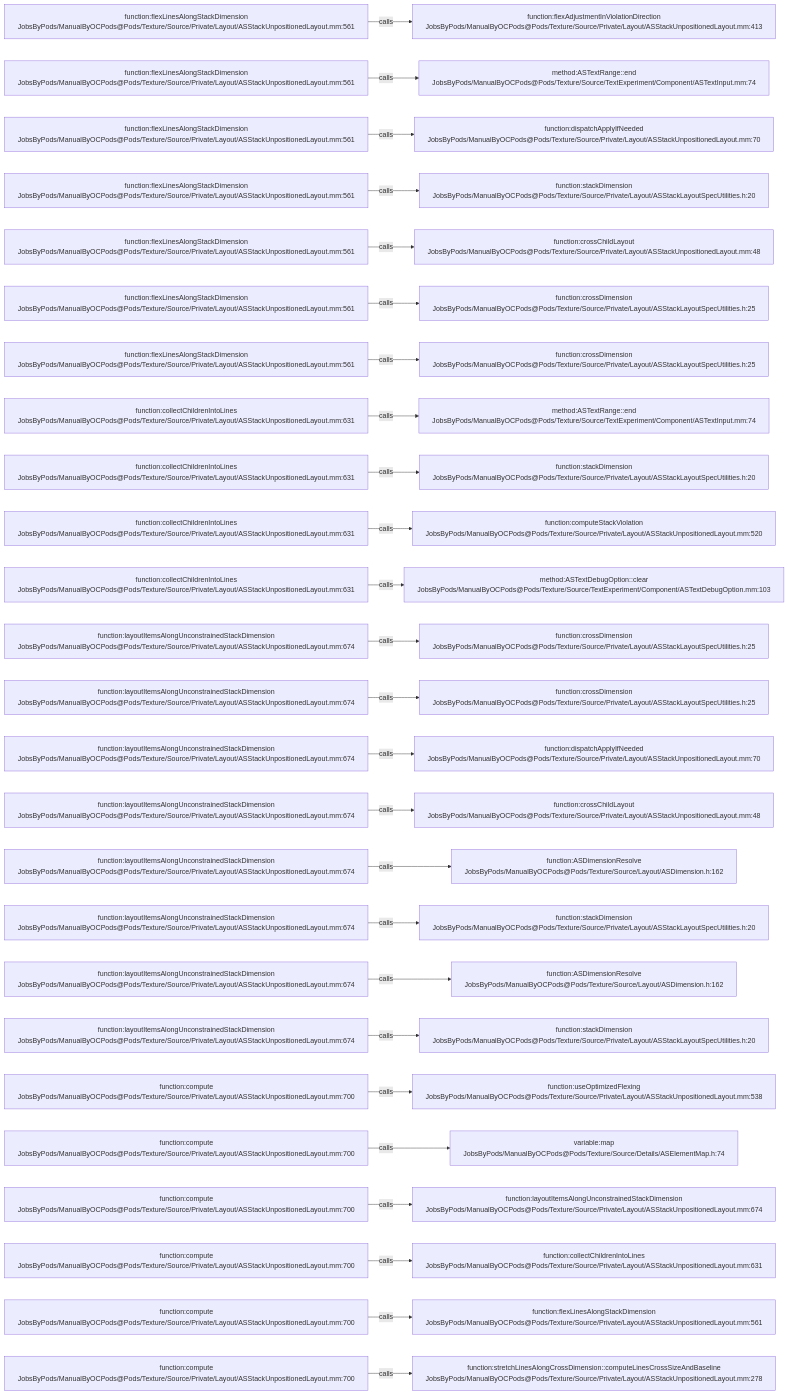
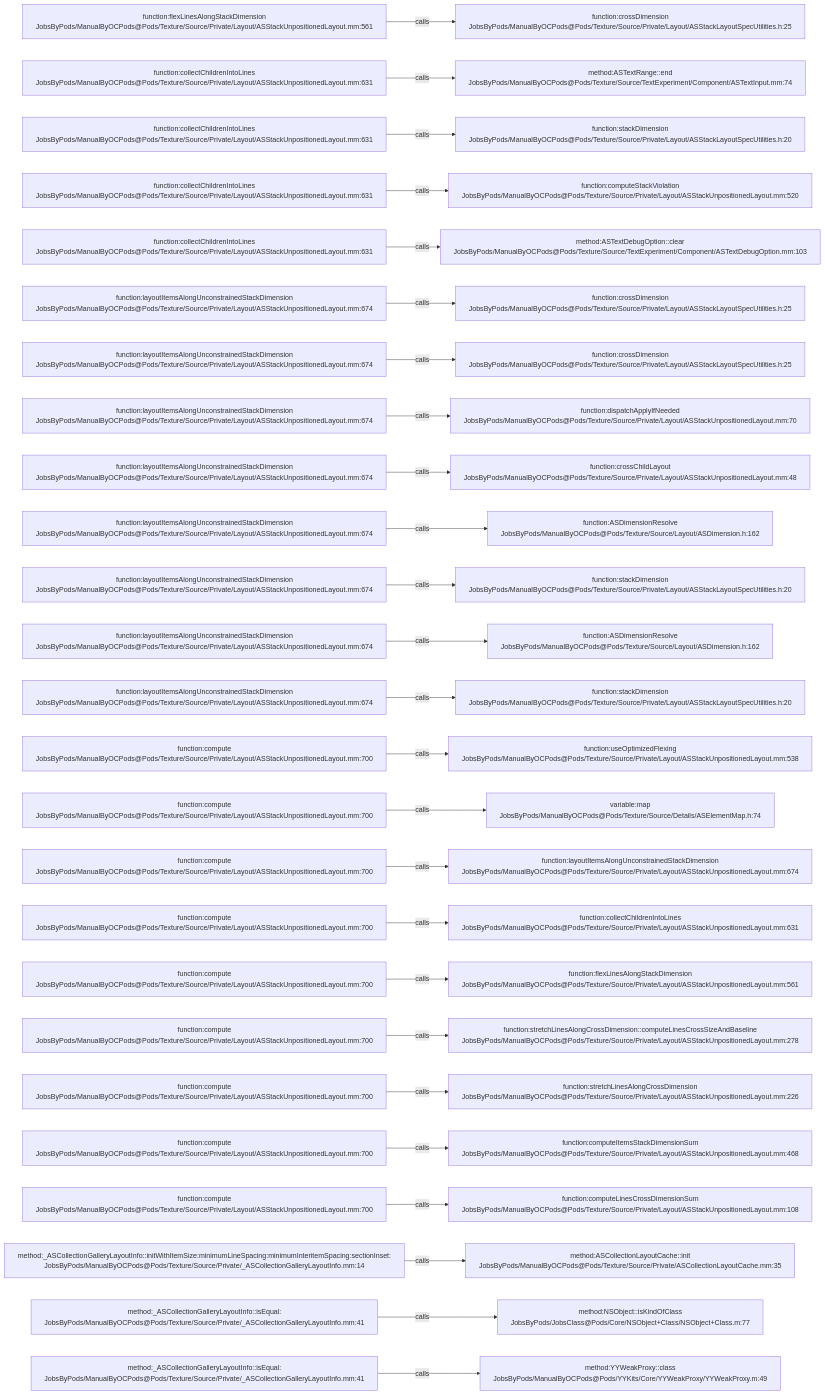
One commit to JobsKits/JobsOCBaseConfigDemo changed the diagram in .codegraph/codegraph.md/graphs/calls-188.md. Above: the diagram before and after it, drawn with Mermaid. The commit also changed 666 other files, not shown here.

````diff
--- a/.codegraph/codegraph.md/graphs/calls-188.md
+++ b/.codegraph/codegraph.md/graphs/calls-188.md
@@ -13,78 +13,78 @@
 ```mermaid
 flowchart LR
   S1["function:flexLinesAlongStackDimension<br/>JobsByPods/ManualByOCPods@Pods/Texture/Source/Private/Layout/ASStackUnpositionedLayout.mm:561"]
-  T1["function:flexAdjustmentInViolationDirection<br/>JobsByPods/ManualByOCPods@Pods/Texture/Source/Private/Layout/ASStackUnpositionedLayout.mm:413"]
+  T1["function:crossDimension<br/>JobsByPods/ManualByOCPods@Pods/Texture/Source/Private/Layout/ASStackLayoutSpecUtilities.h:25"]
   S1 -->|calls| T1
-  S2["function:flexLinesAlongStackDimension<br/>JobsByPods/ManualByOCPods@Pods/Texture/Source/Private/Layout/ASStackUnpositionedLayout.mm:561"]
+  S2["function:collectChildrenIntoLines<br/>JobsByPods/ManualByOCPods@Pods/Texture/Source/Private/Layout/ASStackUnpositionedLayout.mm:631"]
   T2["method:ASTextRange::end<br/>JobsByPods/ManualByOCPods@Pods/Texture/Source/TextExperiment/Component/ASTextInput.mm:74"]
   S2 -->|calls| T2
-  S3["function:flexLinesAlongStackDimension<br/>JobsByPods/ManualByOCPods@Pods/Texture/Source/Private/Layout/ASStackUnpositionedLayout.mm:561"]
-  T3["function:dispatchApplyIfNeeded<br/>JobsByPods/ManualByOCPods@Pods/Texture/Source/Private/Layout/ASStackUnpositionedLayout.mm:70"]
+  S3["function:collectChildrenIntoLines<br/>JobsByPods/ManualByOCPods@Pods/Texture/Source/Private/Layout/ASStackUnpositionedLayout.mm:631"]
+  T3["function:stackDimension<br/>JobsByPods/ManualByOCPods@Pods/Texture/Source/Private/Layout/ASStackLayoutSpecUtilities.h:20"]
   S3 -->|calls| T3
-  S4["function:flexLinesAlongStackDimension<br/>JobsByPods/ManualByOCPods@Pods/Texture/Source/Private/Layout/ASStackUnpositionedLayout.mm:561"]
-  T4["function:stackDimension<br/>JobsByPods/ManualByOCPods@Pods/Texture/Source/Private/Layout/ASStackLayoutSpecUtilities.h:20"]
+  S4["function:collectChildrenIntoLines<br/>JobsByPods/ManualByOCPods@Pods/Texture/Source/Private/Layout/ASStackUnpositionedLayout.mm:631"]
+  T4["function:computeStackViolation<br/>JobsByPods/ManualByOCPods@Pods/Texture/Source/Private/Layout/ASStackUnpositionedLayout.mm:520"]
   S4 -->|calls| T4
-  S5["function:flexLinesAlongStackDimension<br/>JobsByPods/ManualByOCPods@Pods/Texture/Source/Private/Layout/ASStackUnpositionedLayout.mm:561"]
-  T5["function:crossChildLayout<br/>JobsByPods/ManualByOCPods@Pods/Texture/Source/Private/Layout/ASStackUnpositionedLayout.mm:48"]
+  S5["function:collectChildrenIntoLines<br/>JobsByPods/ManualByOCPods@Pods/Texture/Source/Private/Layout/ASStackUnpositionedLayout.mm:631"]
+  T5["method:ASTextDebugOption::clear<br/>JobsByPods/ManualByOCPods@Pods/Texture/Source/TextExperiment/Component/ASTextDebugOption.mm:103"]
   S5 -->|calls| T5
-  S6["function:flexLinesAlongStackDimension<br/>JobsByPods/ManualByOCPods@Pods/Texture/Source/Private/Layout/ASStackUnpositionedLayout.mm:561"]
+  S6["function:layoutItemsAlongUnconstrainedStackDimension<br/>JobsByPods/ManualByOCPods@Pods/Texture/Source/Private/Layout/ASStackUnpositionedLayout.mm:674"]
   T6["function:crossDimension<br/>JobsByPods/ManualByOCPods@Pods/Texture/Source/Private/Layout/ASStackLayoutSpecUtilities.h:25"]
   S6 -->|calls| T6
-  S7["function:flexLinesAlongStackDimension<br/>JobsByPods/ManualByOCPods@Pods/Texture/Source/Private/Layout/ASStackUnpositionedLayout.mm:561"]
+  S7["function:layoutItemsAlongUnconstrainedStackDimension<br/>JobsByPods/ManualByOCPods@Pods/Texture/Source/Private/Layout/ASStackUnpositionedLayout.mm:674"]
   T7["function:crossDimension<br/>JobsByPods/ManualByOCPods@Pods/Texture/Source/Private/Layout/ASStackLayoutSpecUtilities.h:25"]
   S7 -->|calls| T7
-  S8["function:collectChildrenIntoLines<br/>JobsByPods/ManualByOCPods@Pods/Texture/Source/Private/Layout/ASStackUnpositionedLayout.mm:631"]
-  T8["method:ASTextRange::end<br/>JobsByPods/ManualByOCPods@Pods/Texture/Source/TextExperiment/Component/ASTextInput.mm:74"]
+  S8["function:layoutItemsAlongUnconstrainedStackDimension<br/>JobsByPods/ManualByOCPods@Pods/Texture/Source/Private/Layout/ASStackUnpositionedLayout.mm:674"]
+  T8["function:dispatchApplyIfNeeded<br/>JobsByPods/ManualByOCPods@Pods/Texture/Source/Private/Layout/ASStackUnpositionedLayout.mm:70"]
   S8 -->|calls| T8
-  S9["function:collectChildrenIntoLines<br/>JobsByPods/ManualByOCPods@Pods/Texture/Source/Private/Layout/ASStackUnpositionedLayout.mm:631"]
-  T9["function:stackDimension<br/>JobsByPods/ManualByOCPods@Pods/Texture/Source/Private/Layout/ASStackLayoutSpecUtilities.h:20"]
+  S9["function:layoutItemsAlongUnconstrainedStackDimension<br/>JobsByPods/ManualByOCPods@Pods/Texture/Source/Private/Layout/ASStackUnpositionedLayout.mm:674"]
+  T9["function:crossChildLayout<br/>JobsByPods/ManualByOCPods@Pods/Texture/Source/Private/Layout/ASStackUnpositionedLayout.mm:48"]
   S9 -->|calls| T9
-  S10["function:collectChildrenIntoLines<br/>JobsByPods/ManualByOCPods@Pods/Texture/Source/Private/Layout/ASStackUnpositionedLayout.mm:631"]
-  T10["function:computeStackViolation<br/>JobsByPods/ManualByOCPods@Pods/Texture/Source/Private/Layout/ASStackUnpositionedLayout.mm:520"]
+  S10["function:layoutItemsAlongUnconstrainedStackDimension<br/>JobsByPods/ManualByOCPods@Pods/Texture/Source/Private/Layout/ASStackUnpositionedLayout.mm:674"]
+  T10["function:ASDimensionResolve<br/>JobsByPods/ManualByOCPods@Pods/Texture/Source/Layout/ASDimension.h:162"]
   S10 -->|calls| T10
-  S11["function:collectChildrenIntoLines<br/>JobsByPods/ManualByOCPods@Pods/Texture/Source/Private/Layout/ASStackUnpositionedLayout.mm:631"]
-  T11["method:ASTextDebugOption::clear<br/>JobsByPods/ManualByOCPods@Pods/Texture/Source/TextExperiment/Component/ASTextDebugOption.mm:103"]
+  S11["function:layoutItemsAlongUnconstrainedStackDimension<br/>JobsByPods/ManualByOCPods@Pods/Texture/Source/Private/Layout/ASStackUnpositionedLayout.mm:674"]
+  T11["function:stackDimension<br/>JobsByPods/ManualByOCPods@Pods/Texture/Source/Private/Layout/ASStackLayoutSpecUtilities.h:20"]
   S11 -->|calls| T11
   S12["function:layoutItemsAlongUnconstrainedStackDimension<br/>JobsByPods/ManualByOCPods@Pods/Texture/Source/Private/Layout/ASStackUnpositionedLayout.mm:674"]
-  T12["function:crossDimension<br/>JobsByPods/ManualByOCPods@Pods/Texture/Source/Private/Layout/ASStackLayoutSpecUtilities.h:25"]
+  T12["function:ASDimensionResolve<br/>JobsByPods/ManualByOCPods@Pods/Texture/Source/Layout/ASDimension.h:162"]
   S12 -->|calls| T12
   S13["function:layoutItemsAlongUnconstrainedStackDimension<br/>JobsByPods/ManualByOCPods@Pods/Texture/Source/Private/Layout/ASStackUnpositionedLayout.mm:674"]
-  T13["function:crossDimension<br/>JobsByPods/ManualByOCPods@Pods/Texture/Source/Private/Layout/ASStackLayoutSpecUtilities.h:25"]
+  T13["function:stackDimension<br/>JobsByPods/ManualByOCPods@Pods/Texture/Source/Private/Layout/ASStackLayoutSpecUtilities.h:20"]
   S13 -->|calls| T13
-  S14["function:layoutItemsAlongUnconstrainedStackDimension<br/>JobsByPods/ManualByOCPods@Pods/Texture/Source/Private/Layout/ASStackUnpositionedLayout.mm:674"]
-  T14["function:dispatchApplyIfNeeded<br/>JobsByPods/ManualByOCPods@Pods/Texture/Source/Private/Layout/ASStackUnpositionedLayout.mm:70"]
+  S14["function:compute<br/>JobsByPods/ManualByOCPods@Pods/Texture/Source/Private/Layout/ASStackUnpositionedLayout.mm:700"]
+  T14["function:useOptimizedFlexing<br/>JobsByPods/ManualByOCPods@Pods/Texture/Source/Private/Layout/ASStackUnpositionedLayout.mm:538"]
   S14 -->|calls| T14
-  S15["function:layoutItemsAlongUnconstrainedStackDimension<br/>JobsByPods/ManualByOCPods@Pods/Texture/Source/Private/Layout/ASStackUnpositionedLayout.mm:674"]
-  T15["function:crossChildLayout<br/>JobsByPods/ManualByOCPods@Pods/Texture/Source/Private/Layout/ASStackUnpositionedLayout.mm:48"]
+  S15["function:compute<br/>JobsByPods/ManualByOCPods@Pods/Texture/Source/Private/Layout/ASStackUnpositionedLayout.mm:700"]
+  T15["variable:map<br/>JobsByPods/ManualByOCPods@Pods/Texture/Source/Details/ASElementMap.h:74"]
   S15 -->|calls| T15
-  S16["function:layoutItemsAlongUnconstrainedStackDimension<br/>JobsByPods/ManualByOCPods@Pods/Texture/Source/Private/Layout/ASStackUnpositionedLayout.mm:674"]
-  T16["function:ASDimensionResolve<br/>JobsByPods/ManualByOCPods@Pods/Texture/Source/Layout/ASDimension.h:162"]
+  S16["function:compute<br/>JobsByPods/ManualByOCPods@Pods/Texture/Source/Private/Layout/ASStackUnpositionedLayout.mm:700"]
+  T16["function:layoutItemsAlongUnconstrainedStackDimension<br/>JobsByPods/ManualByOCPods@Pods/Texture/Source/Private/Layout/ASStackUnpositionedLayout.mm:674"]
   S16 -->|calls| T16
-  S17["function:layoutItemsAlongUnconstrainedStackDimension<br/>JobsByPods/ManualByOCPods@Pods/Texture/Source/Private/Layout/ASStackUnpositionedLayout.mm:674"]
-  T17["function:stackDimension<br/>JobsByPods/ManualByOCPods@Pods/Texture/Source/Private/Layout/ASStackLayoutSpecUtilities.h:20"]
+  S17["function:compute<br/>JobsByPods/ManualByOCPods@Pods/Texture/Source/Private/Layout/ASStackUnpositionedLayout.mm:700"]
+  T17["function:collectChildrenIntoLines<br/>JobsByPods/ManualByOCPods@Pods/Texture/Source/Private/Layout/ASStackUnpositionedLayout.mm:631"]
   S17 -->|calls| T17
-  S18["function:layoutItemsAlongUnconstrainedStackDimension<br/>JobsByPods/ManualByOCPods@Pods/Texture/Source/Private/Layout/ASStackUnpositionedLayout.mm:674"]
-  T18["function:ASDimensionResolve<br/>JobsByPods/ManualByOCPods@Pods/Texture/Source/Layout/ASDimension.h:162"]
+  S18["function:compute<br/>JobsByPods/ManualByOCPods@Pods/Texture/Source/Private/Layout/ASStackUnpositionedLayout.mm:700"]
+  T18["function:flexLinesAlongStackDimension<br/>JobsByPods/ManualByOCPods@Pods/Texture/Source/Private/Layout/ASStackUnpositionedLayout.mm:561"]
   S18 -->|calls| T18
-  S19["function:layoutItemsAlongUnconstrainedStackDimension<br/>JobsByPods/ManualByOCPods@Pods/Texture/Source/Private/Layout/ASStackUnpositionedLayout.mm:674"]
-  T19["function:stackDimension<br/>JobsByPods/ManualByOCPods@Pods/Texture/Source/Private/Layout/ASStackLayoutSpecUtilities.h:20"]
+  S19["function:compute<br/>JobsByPods/ManualByOCPods@Pods/Texture/Source/Private/Layout/ASStackUnpositionedLayout.mm:700"]
+  T19["function:stretchLinesAlongCrossDimension::computeLinesCrossSizeAndBaseline<br/>JobsByPods/ManualByOCPods@Pods/Texture/Source/Private/Layout/ASStackUnpositionedLayout.mm:278"]
   S19 -->|calls| T19
   S20["function:compute<br/>JobsByPods/ManualByOCPods@Pods/Texture/Source/Private/Layout/ASStackUnpositionedLayout.mm:700"]
-  T20["function:useOptimizedFlexing<br/>JobsByPods/ManualByOCPods@Pods/Texture/Source/Private/Layout/ASStackUnpositionedLayout.mm:538"]
+  T20["function:stretchLinesAlongCrossDimension<br/>JobsByPods/ManualByOCPods@Pods/Texture/Source/Private/Layout/ASStackUnpositionedLayout.mm:226"]
   S20 -->|calls| T20
   S21["function:compute<br/>JobsByPods/ManualByOCPods@Pods/Texture/Source/Private/Layout/ASStackUnpositionedLayout.mm:700"]
-  T21["variable:map<br/>JobsByPods/ManualByOCPods@Pods/Texture/Source/Details/ASElementMap.h:74"]
+  T21["function:computeItemsStackDimensionSum<br/>JobsByPods/ManualByOCPods@Pods/Texture/Source/Private/Layout/ASStackUnpositionedLayout.mm:468"]
   S21 -->|calls| T21
   S22["function:compute<br/>JobsByPods/ManualByOCPods@Pods/Texture/Source/Private/Layout/ASStackUnpositionedLayout.mm:700"]
-  T22["function:layoutItemsAlongUnconstrainedStackDimension<br/>JobsByPods/ManualByOCPods@Pods/Texture/Source/Private/Layout/ASStackUnpositionedLayout.mm:674"]
+  T22["function:computeLinesCrossDimensionSum<br/>JobsByPods/ManualByOCPods@Pods/Texture/Source/Private/Layout/ASStackUnpositionedLayout.mm:108"]
   S22 -->|calls| T22
-  S23["function:compute<br/>JobsByPods/ManualByOCPods@Pods/Texture/Source/Private/Layout/ASStackUnpositionedLayout.mm:700"]
-  T23["function:collectChildrenIntoLines<br/>JobsByPods/ManualByOCPods@Pods/Texture/Source/Private/Layout/ASStackUnpositionedLayout.mm:631"]
+  S23["method:_ASCollectionGalleryLayoutInfo::initWithItemSize:minimumLineSpacing:minimumInteritemSpacing:sectionInset:<br/>JobsByPods/ManualByOCPods@Pods/Texture/Source/Private/_ASCollectionGalleryLayoutInfo.mm:14"]
+  T23["method:ASCollectionLayoutCache::init<br/>JobsByPods/ManualByOCPods@Pods/Texture/Source/Private/ASCollectionLayoutCache.mm:35"]
   S23 -->|calls| T23
-  S24["function:compute<br/>JobsByPods/ManualByOCPods@Pods/Texture/Source/Private/Layout/ASStackUnpositionedLayout.mm:700"]
-  T24["function:flexLinesAlongStackDimension<br/>JobsByPods/ManualByOCPods@Pods/Texture/Source/Private/Layout/ASStackUnpositionedLayout.mm:561"]
+  S24["method:_ASCollectionGalleryLayoutInfo::isEqual:<br/>JobsByPods/ManualByOCPods@Pods/Texture/Source/Private/_ASCollectionGalleryLayoutInfo.mm:41"]
+  T24["method:NSObject::isKindOfClass<br/>JobsByPods/JobsClass@Pods/Core/NSObject+Class/NSObject+Class.m:77"]
   S24 -->|calls| T24
-  S25["function:compute<br/>JobsByPods/ManualByOCPods@Pods/Texture/Source/Private/Layout/ASStackUnpositionedLayout.mm:700"]
-  T25["function:stretchLinesAlongCrossDimension::computeLinesCrossSizeAndBaseline<br/>JobsByPods/ManualByOCPods@Pods/Texture/Source/Private/Layout/ASStackUnpositionedLayout.mm:278"]
+  S25["method:_ASCollectionGalleryLayoutInfo::isEqual:<br/>JobsByPods/ManualByOCPods@Pods/Texture/Source/Private/_ASCollectionGalleryLayoutInfo.mm:41"]
+  T25["method:YYWeakProxy::class<br/>JobsByPods/ManualByOCPods@Pods/YYKits/Core/YYWeakProxy/YYWeakProxy.m:49"]
   S25 -->|calls| T25
 ```
````
